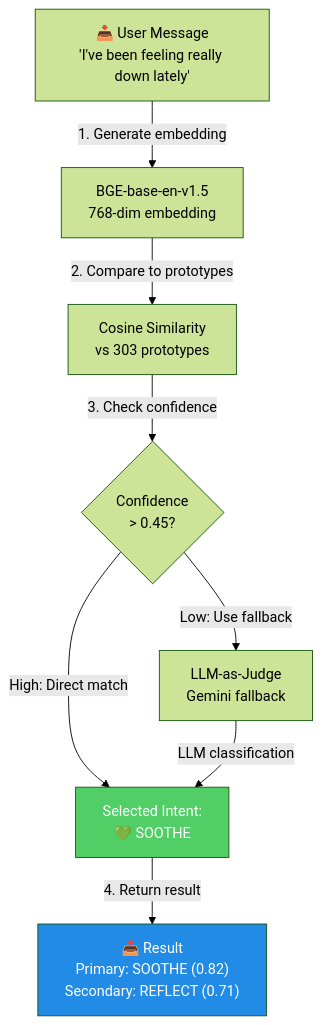
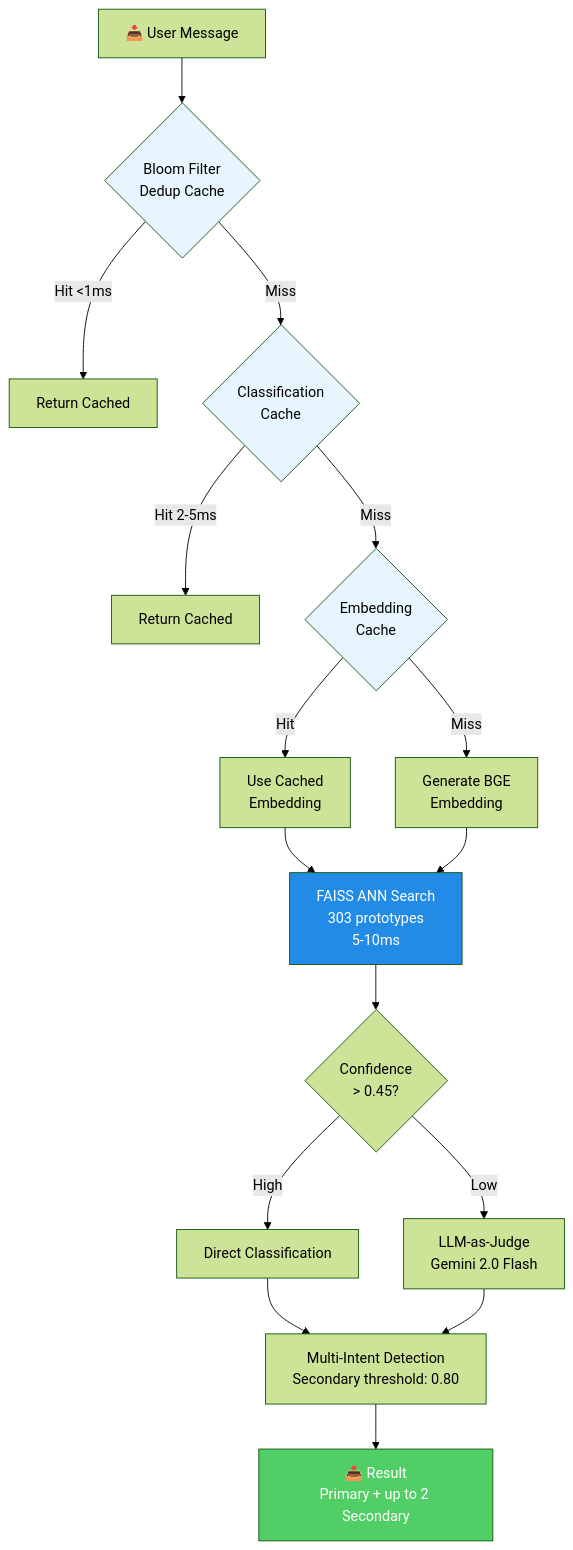
Before and after one commit to asq-sheriff/SHOWCASE_REPO-Therapeutic_AI_Companion: the fourth of 11 diagrams in docs/TECHNICAL_PORTFOLIO.md, drawn with Mermaid (forest theme). The commit also changed other lines of this file and 1 other file, not shown here.

````diff
--- a/docs/TECHNICAL_PORTFOLIO.md
+++ b/docs/TECHNICAL_PORTFOLIO.md
@@ -229,27 +259,32 @@
 ```mermaid
 flowchart TD
-    A["📥 User Message<br/>'I've been feeling really down lately'"]
+    A["📥 User Message"] --> B1{Bloom Filter<br/>Dedup Cache}
 
-    B["BGE-base-en-v1.5<br/>768-dim embedding"]
+    B1 -->|"Hit <1ms"| R1["Return Cached"]
+    B1 -->|"Miss"| B2{Classification<br/>Cache}
 
-    C["Cosine Similarity<br/>vs 303 prototypes"]
+    B2 -->|"Hit 2-5ms"| R2["Return Cached"]
+    B2 -->|"Miss"| B3{Embedding<br/>Cache}
 
-    D{"Confidence<br/>> 0.45?"}
+    B3 -->|"Hit"| B4["Use Cached<br/>Embedding"]
+    B3 -->|"Miss"| B5["Generate BGE<br/>Embedding"]
 
-    E["LLM-as-Judge<br/>Gemini fallback"]
+    B4 --> C["FAISS ANN Search<br/>303 prototypes<br/>5-10ms"]
+    B5 --> C
 
-    F["Selected Intent:<br/>💚 SOOTHE"]
+    C --> D{"Confidence<br/>> 0.45?"}
 
-    G["📤 Result<br/>Primary: SOOTHE (0.82)<br/>Secondary: REFLECT (0.71)"]
+    D -->|"High"| E["Direct Classification"]
+    D -->|"Low"| F["LLM-as-Judge<br/>Gemini 2.0 Flash"]
 
-    A -->|"1. Generate embedding"| B
-    B -->|"2. Compare to prototypes"| C
-    C -->|"3. Check confidence"| D
-    D -->|"High: Direct match"| F
-    D -->|"Low: Use fallback"| E
-    E -->|"LLM classification"| F
-    F -->|"4. Return result"| G
+    E --> G["Multi-Intent Detection<br/>Secondary threshold: 0.80"]
+    F --> G
 
-    style F fill:#51cf66,color:#fff
-    style G fill:#228be6,color:#fff
+    G --> H["📤 Result<br/>Primary + up to 2 Secondary"]
+
+    style B1 fill:#e7f5ff,color:#000
+    style B2 fill:#e7f5ff,color:#000
+    style B3 fill:#e7f5ff,color:#000
+    style C fill:#228be6,color:#fff
+    style H fill:#51cf66,color:#fff
 ```
````
